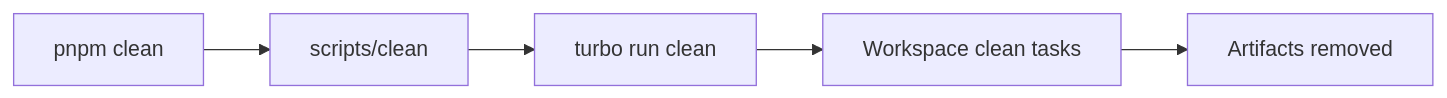
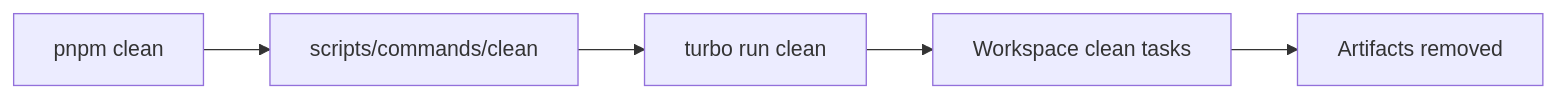
Before and after one commit to EQ-LABS-TECH/ee-monorepo: diagram 14 of 16 in docs/developer/EE-IMP-006-P07_Root_Script_Suite_Automation.md, drawn with Mermaid. The commit also changed other lines of this file and 14 other files, not shown here.

````diff
--- a/docs/developer/EE-IMP-006-P07_Root_Script_Suite_Automation.md
+++ b/docs/developer/EE-IMP-006-P07_Root_Script_Suite_Automation.md
@@ -793,7 +784,7 @@
 ```mermaid
 flowchart LR
-    A["pnpm clean"] --> B["scripts/clean"]
-    B --> C["turbo run clean"]
-    C --> D["Workspace clean tasks"]
-    D --> E["Artifacts removed"]
+ A["pnpm clean"] --> B["scripts/commands/clean"]
+ B --> C["turbo run clean"]
+ C --> D["Workspace clean tasks"]
+ D --> E["Artifacts removed"]
 ```
````
